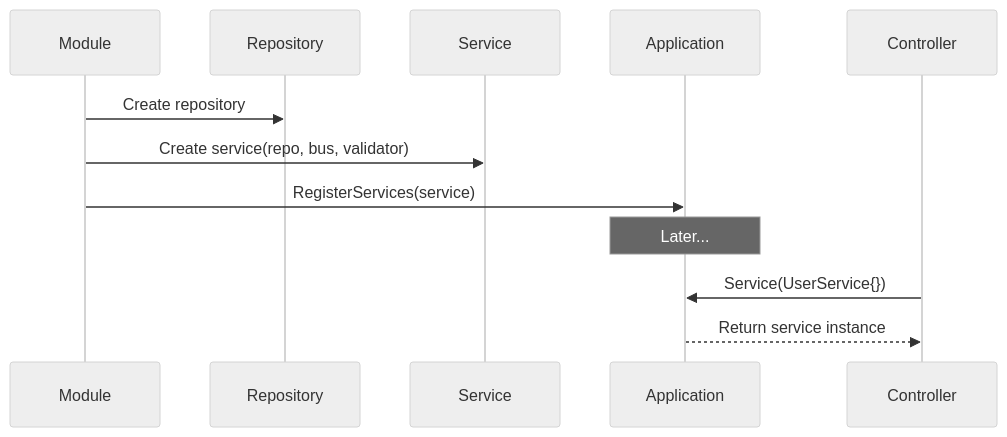
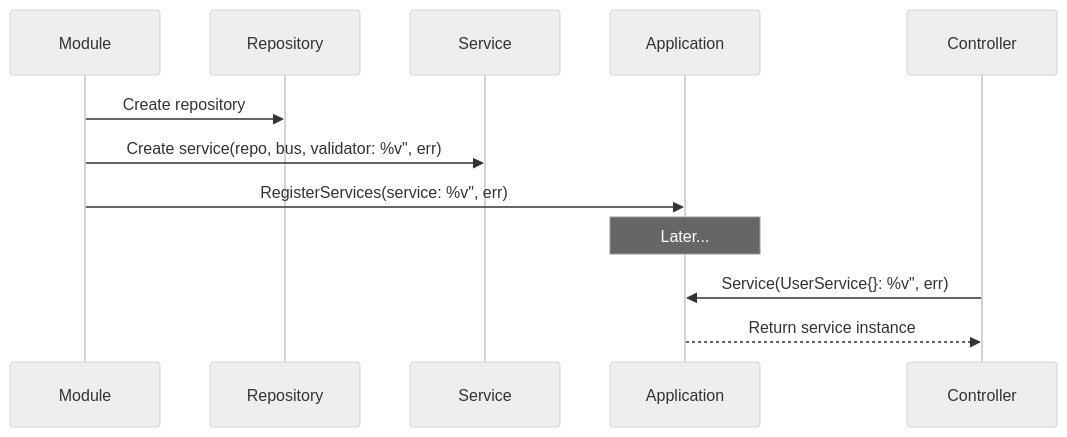
Before and after one commit to iota-uz/iota-sdk: the seventh of 13 diagrams in docs/content/architecture/module-system.mdx, drawn with Mermaid (neutral theme). The commit also changed other lines of this file and 22 other files, not shown here.

````diff
--- a/docs/content/architecture/module-system.mdx
+++ b/docs/content/architecture/module-system.mdx
@@ -158,17 +158,17 @@
 ```mermaid
 sequenceDiagram
     participant Mod as Module
     participant Repo as Repository
     participant Service as Service
     participant App as Application
     
     Mod->>Repo: Create repository
-    Mod->>Service: Create service(repo, bus, validator)
-    Mod->>App: RegisterServices(service)
+    Mod->>Service: Create service(repo, bus, validator: %v", err)
+    Mod->>App: RegisterServices(service: %v", err)
     
     Note over App: Later...
     
     participant Controller
-    Controller->>App: Service(UserService{})
+    Controller->>App: Service(UserService{}: %v", err)
     App-->>Controller: Return service instance
 ```
````
